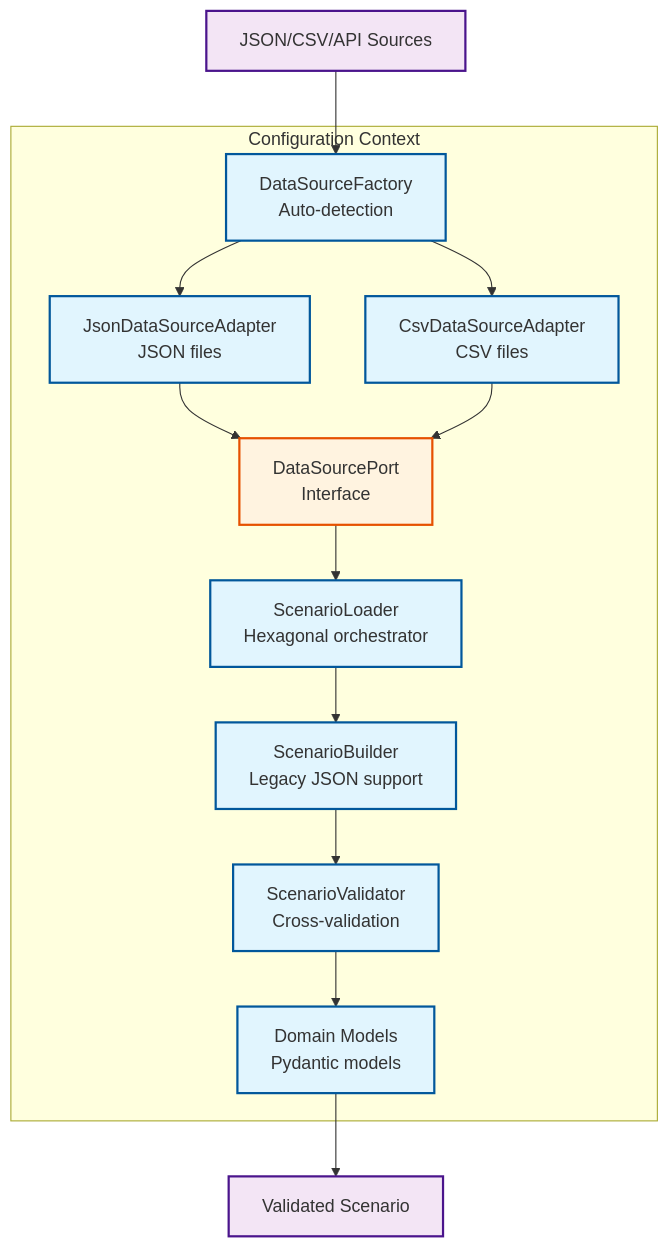
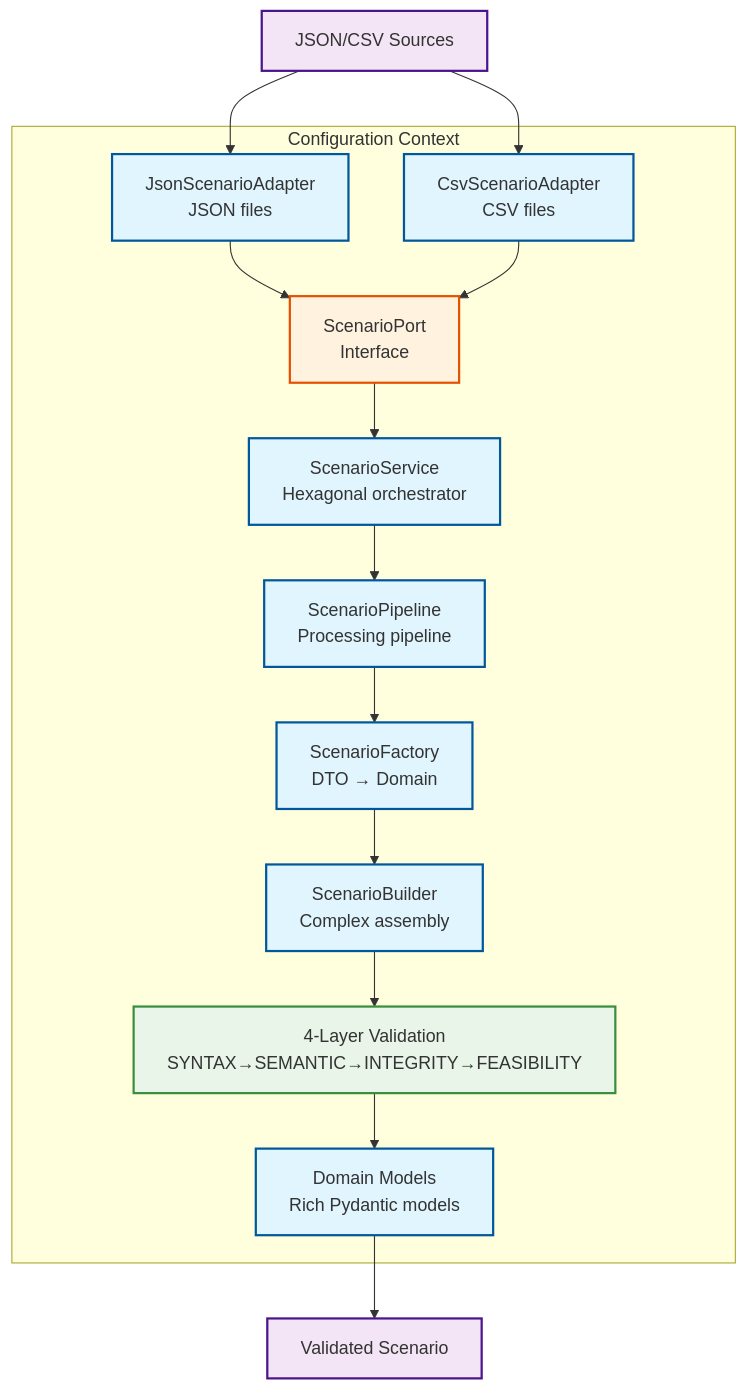
The second of 7 diagrams in docs/mvp/architecture/05-building-blocks.md (OpenRailAssociation/dac-migration-dss-popupsim), drawn with Mermaid before and after one commit. The commit also changed other lines of this file and 23 other files, not shown here.

First line of the commit message:
feat(backend): ✨ Add 4-layer stacked validator

````diff
--- a/docs/mvp/architecture/05-building-blocks.md
+++ b/docs/mvp/architecture/05-building-blocks.md
@@ -60,32 +60,36 @@
 ```mermaid
 graph TB
     subgraph "Configuration Context"
-        Loader["ScenarioLoader<br/>Hexagonal orchestrator"]
-        Port["DataSourcePort<br/>Interface"]
-        JsonAdapter["JsonDataSourceAdapter<br/>JSON files"]
-        CsvAdapter["CsvDataSourceAdapter<br/>CSV files"]
-        Factory["DataSourceFactory<br/>Auto-detection"]
-        Builder["ScenarioBuilder<br/>Legacy JSON support"]
-        Validator["ScenarioValidator<br/>Cross-validation"]
-        Models["Domain Models<br/>Pydantic models"]
+        Service["ScenarioService<br/>Hexagonal orchestrator"]
+        Pipeline["ScenarioPipeline<br/>Processing pipeline"]
+        Port["ScenarioPort<br/>Interface"]
+        JsonAdapter["JsonScenarioAdapter<br/>JSON files"]
+        CsvAdapter["CsvScenarioAdapter<br/>CSV files"]
+        Factory["ScenarioFactory<br/>DTO → Domain"]
+        Builder["ScenarioBuilder<br/>Complex assembly"]
+        ValidationPipeline["4-Layer Validation<br/>SYNTAX→SEMANTIC→INTEGRITY→FEASIBILITY"]
+        Models["Domain Models<br/>Rich Pydantic models"]
     end
 
-    Files["JSON/CSV/API Sources"] --> Factory
-    Factory --> JsonAdapter
-    Factory --> CsvAdapter
+    Files["JSON/CSV Sources"] --> JsonAdapter
+    Files --> CsvAdapter
     JsonAdapter --> Port
     CsvAdapter --> Port
-    Port --> Loader
-    Loader --> Builder
-    Builder --> Validator
-    Validator --> Models
+    Port --> Service
+    Service --> Pipeline
+    Pipeline --> Factory
+    Factory --> Builder
+    Builder --> ValidationPipeline
+    ValidationPipeline --> Models
     Models --> Output[Validated Scenario]
 
     classDef component fill:#e1f5fe,stroke:#01579b,stroke-width:2px
     classDef external fill:#f3e5f5,stroke:#4a148c,stroke-width:2px
     classDef port fill:#fff3e0,stroke:#e65100,stroke-width:2px
+    classDef validation fill:#e8f5e8,stroke:#388e3c,stroke-width:2px
 
-    class Loader,JsonAdapter,CsvAdapter,Factory,Builder,Validator,Models component
+    class Service,Pipeline,JsonAdapter,CsvAdapter,Factory,Builder,Models component
     class Files,Output external
     class Port port
+    class ValidationPipeline validation
 ```
````
